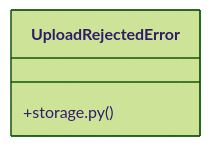
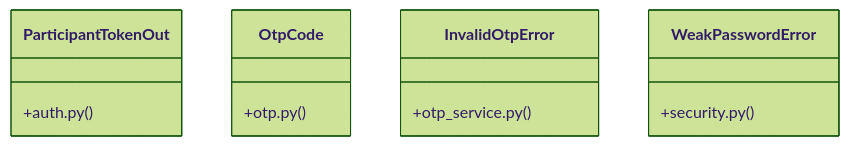
The diagram in graphify-out/wiki/[FaqCategory_&_ContactMessage]_Cluster.md (adjanayo/synca_conf_back), drawn with Mermaid (forest theme) before and after one commit. The commit also changed other lines of this file and 71 other files, not shown here.

Commit message:
docs: mise à jour graphify (graphe du code) + journal Phase J3

````diff
--- a/graphify-out/wiki/[FaqCategory_&_ContactMessage]_Cluster.md
+++ b/graphify-out/wiki/[FaqCategory_&_ContactMessage]_Cluster.md
@@ -36,6 +36,15 @@
 ```mermaid
 classDiagram
-    class UploadRejectedError {
-        +storage.py()
+    class ParticipantTokenOut {
+        +auth.py()
+    }
+    class OtpCode {
+        +otp.py()
+    }
+    class InvalidOtpError {
+        +otp_service.py()
+    }
+    class WeakPasswordError {
+        +security.py()
     }
 ```
````
